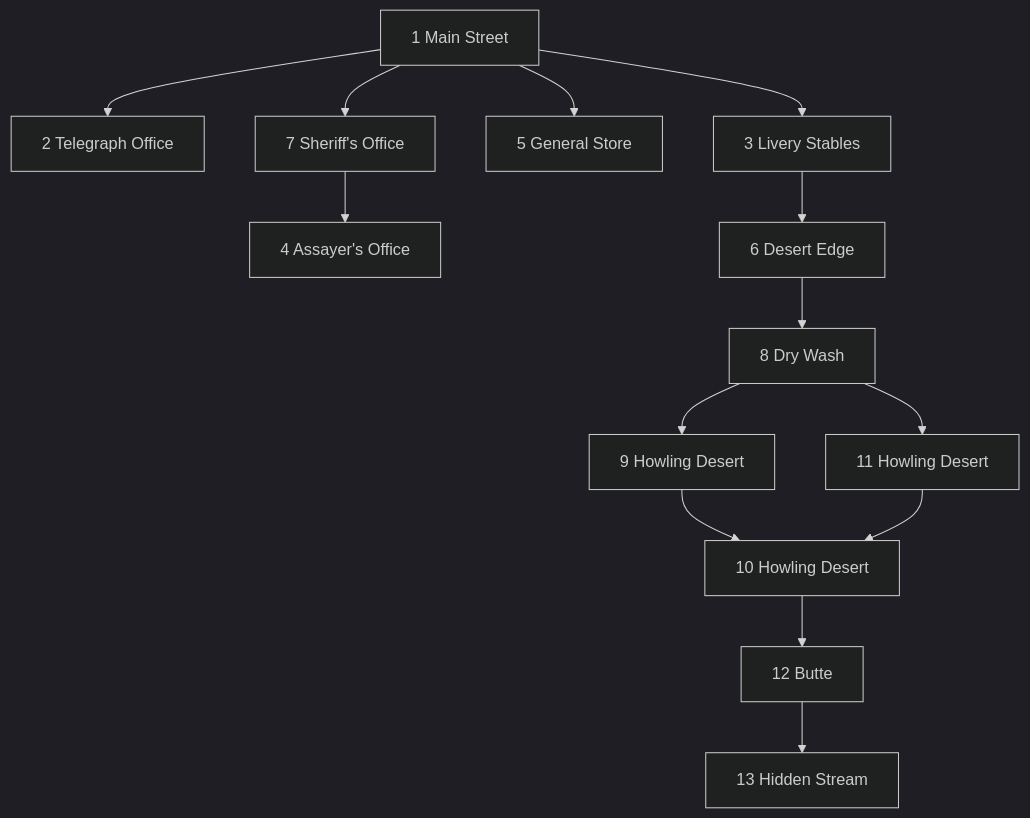
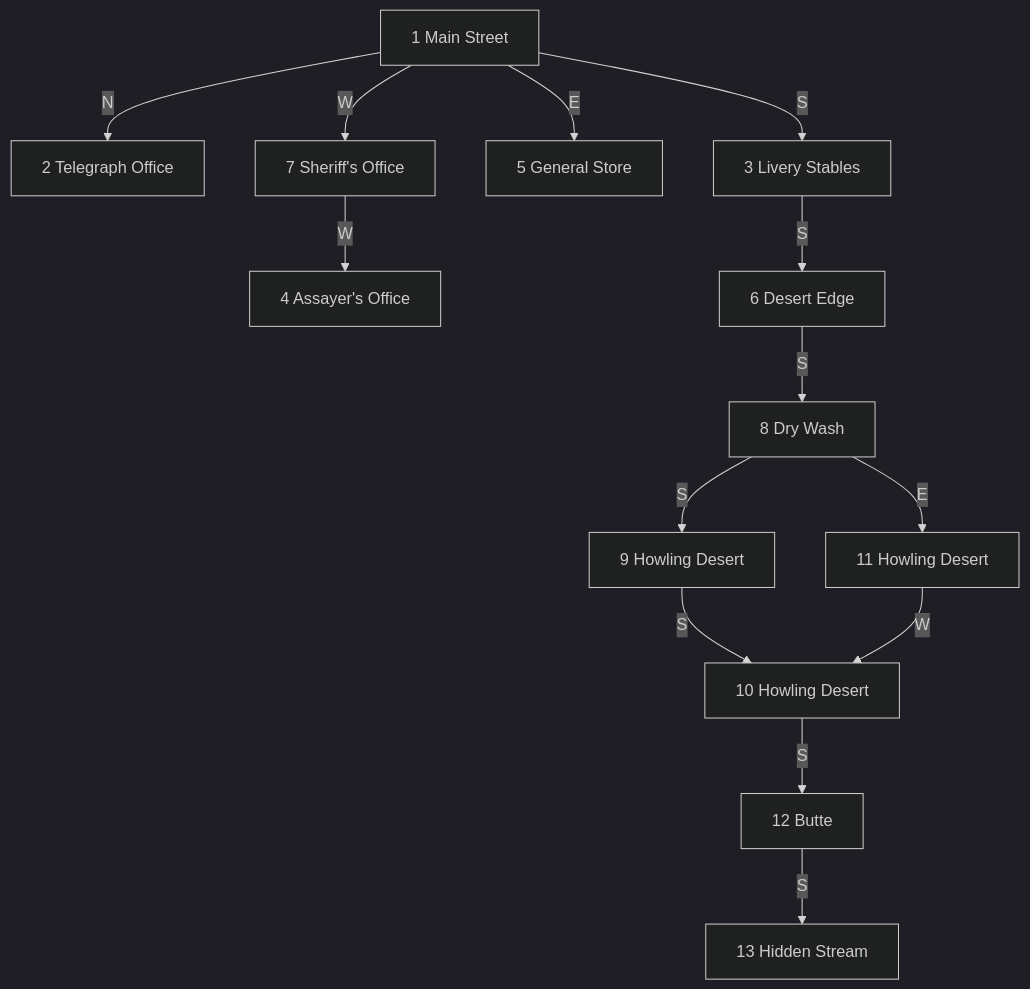
Before and after one commit to mdfranz/vibepascal: the diagram in README.md, drawn with Mermaid (dark theme).

Commit message:
directions

````diff
--- a/README.md
+++ b/README.md
@@ -180,16 +180,16 @@
 ```mermaid
 graph TD
-  R1["1 Main Street"] --> R2["2 Telegraph Office"]
-  R1 --> R3["3 Livery Stables"]
-  R1 --> R5["5 General Store"]
-  R1 --> R7["7 Sheriff's Office"]
-  R7 --> R4["4 Assayer's Office"]
-  R3 --> R6["6 Desert Edge"]
-  R6 --> R8["8 Dry Wash"]
-  R8 --> R9["9 Howling Desert"]
-  R8 --> R11["11 Howling Desert"]
-  R9 --> R10["10 Howling Desert"]
-  R11 --> R10
-  R10 --> R12["12 Butte"]
-  R12 --> R13["13 Hidden Stream"]
+  R1["1 Main Street"] -- N --> R2["2 Telegraph Office"]
+  R1 -- S --> R3["3 Livery Stables"]
+  R1 -- E --> R5["5 General Store"]
+  R1 -- W --> R7["7 Sheriff's Office"]
+  R7 -- W --> R4["4 Assayer's Office"]
+  R3 -- S --> R6["6 Desert Edge"]
+  R6 -- S --> R8["8 Dry Wash"]
+  R8 -- S --> R9["9 Howling Desert"]
+  R8 -- E --> R11["11 Howling Desert"]
+  R9 -- S --> R10["10 Howling Desert"]
+  R11 -- W --> R10
+  R10 -- S --> R12["12 Butte"]
+  R12 -- S --> R13["13 Hidden Stream"]
 ```
````
